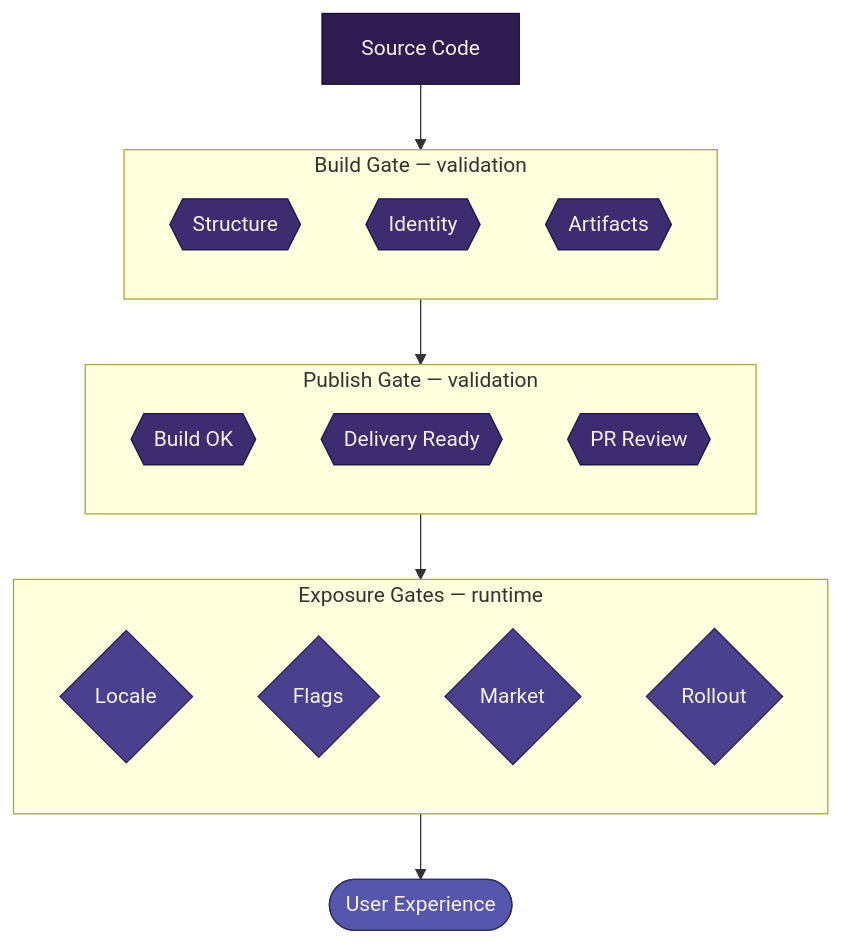
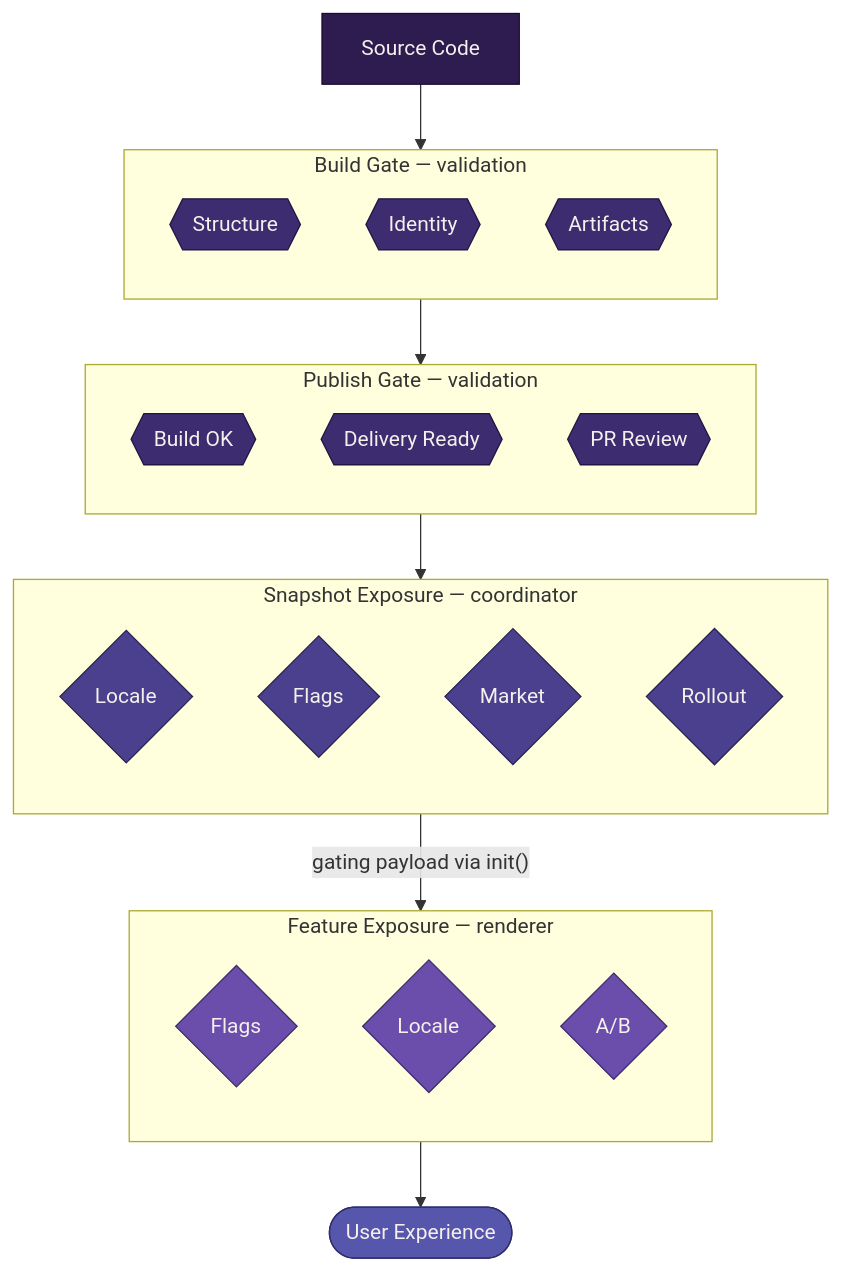
The diagram in docs/architecture/gating.md (mozilla/home-new-tab), drawn with Mermaid before and after one commit. The commit also changed other lines of this file and 1 other file, not shown here.

Commit message:
docs(gating): extend concept to renderer logic

````diff
--- a/docs/architecture/gating.md
+++ b/docs/architecture/gating.md
@@ -151,41 +194,51 @@
 ```mermaid
 flowchart TD
     source@{label: "Source Code", shape: rect}
 
     subgraph build["Build Gate — validation"]
         direction TB
         b1@{label: "Structure", shape: hexagon}
         b2@{label: "Identity", shape: hexagon}
         b3@{label: "Artifacts", shape: hexagon}
     end
 
     subgraph publish["Publish Gate — validation"]
         direction TB
         p1@{label: "Build OK", shape: hexagon}
         p2@{label: "Delivery Ready", shape: hexagon}
         p3@{label: "PR Review", shape: hexagon}
     end
 
-    subgraph exposure["Exposure Gates — runtime"]
+    subgraph snapshot_exp["Snapshot Exposure — coordinator"]
         direction TB
         e1@{label: "Locale", shape: diamond}
         e2@{label: "Flags", shape: diamond}
         e3@{label: "Market", shape: diamond}
         e4@{label: "Rollout", shape: diamond}
     end
 
+    subgraph feature_exp["Feature Exposure — renderer"]
+        direction TB
+        f1@{label: "Flags", shape: diamond}
+        f2@{label: "Locale", shape: diamond}
+        f3@{label: "A/B", shape: diamond}
+    end
+
     user@{label: "User Experience", shape: stadium}
 
-    source --> build --> publish --> exposure --> user
+    source --> build --> publish --> snapshot_exp
+    snapshot_exp -- "gating payload via init()" --> feature_exp --> user
 
     classDef deepest fill:#2e1c51,stroke:#190d30,color:#f5f0eb
     classDef deep fill:#3d2c70,stroke:#211643,color:#f5f0eb
     classDef mid fill:#4a408e,stroke:#282155,color:#f5f0eb
     classDef light fill:#5656ad,stroke:#2e2e68,color:#f5f0eb
+    classDef accent fill:#6b4eab,stroke:#3d2c70,color:#f5f0eb
 
     class source deepest
     class b1,b2,b3 deep
     class p1,p2,p3 deep
     class e1,e2,e3,e4 mid
+    class f1,f2,f3 accent
     class user light
 ```
````
